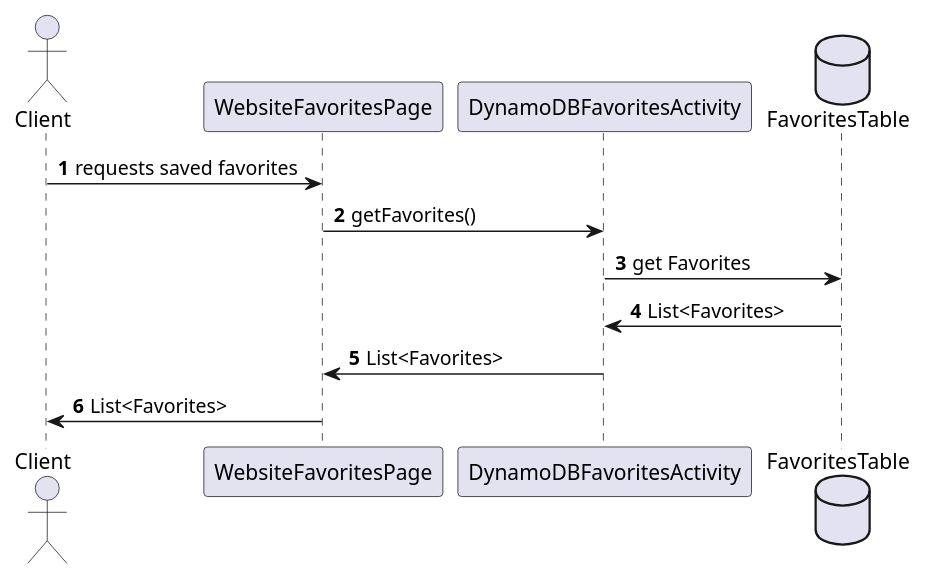
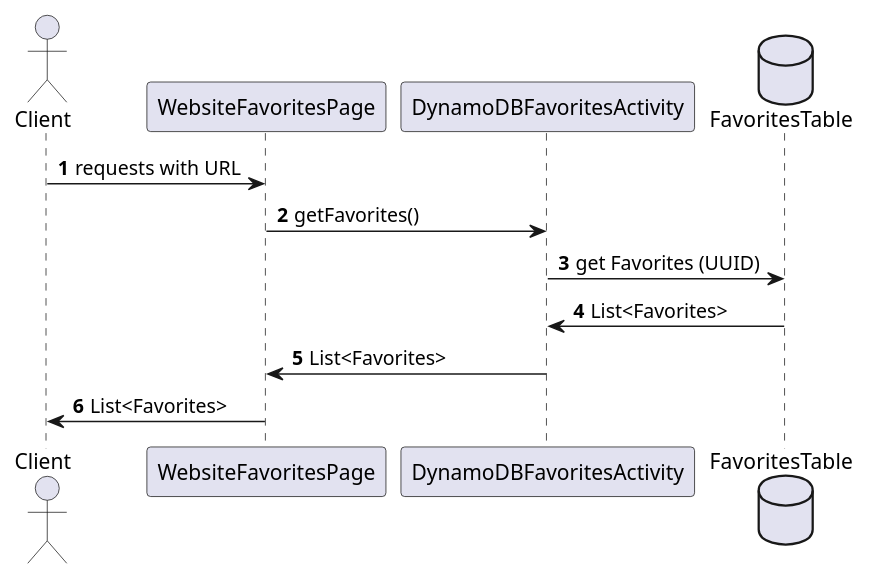
One commit to winters5885/NSS-digital-nomad changed the diagram in resources/GetFavorites.puml. Above: the diagram before and after it, drawn with PlantUML. The commit also changed 2 other files, not shown here.

```diff
--- a/resources/GetFavorites.puml
+++ b/resources/GetFavorites.puml
@@ -1,16 +1,16 @@
 @startuml
 'https://plantuml.com/sequence-diagram
 actor Client
 participant WebsiteFavoritesPage
 participant DynamoDBFavoritesActivity
 database FavoritesTable
 autonumber
 
-Client -> WebsiteFavoritesPage: requests saved favorites
+Client -> WebsiteFavoritesPage: requests with URL
 WebsiteFavoritesPage -> DynamoDBFavoritesActivity: getFavorites()
 
-DynamoDBFavoritesActivity -> FavoritesTable: get Favorites
+DynamoDBFavoritesActivity -> FavoritesTable: get Favorites (UUID)
 DynamoDBFavoritesActivity <- FavoritesTable: List<Favorites>
 DynamoDBFavoritesActivity -> WebsiteFavoritesPage: List<Favorites>
 Client<- WebsiteFavoritesPage: List<Favorites>
 @enduml
```
